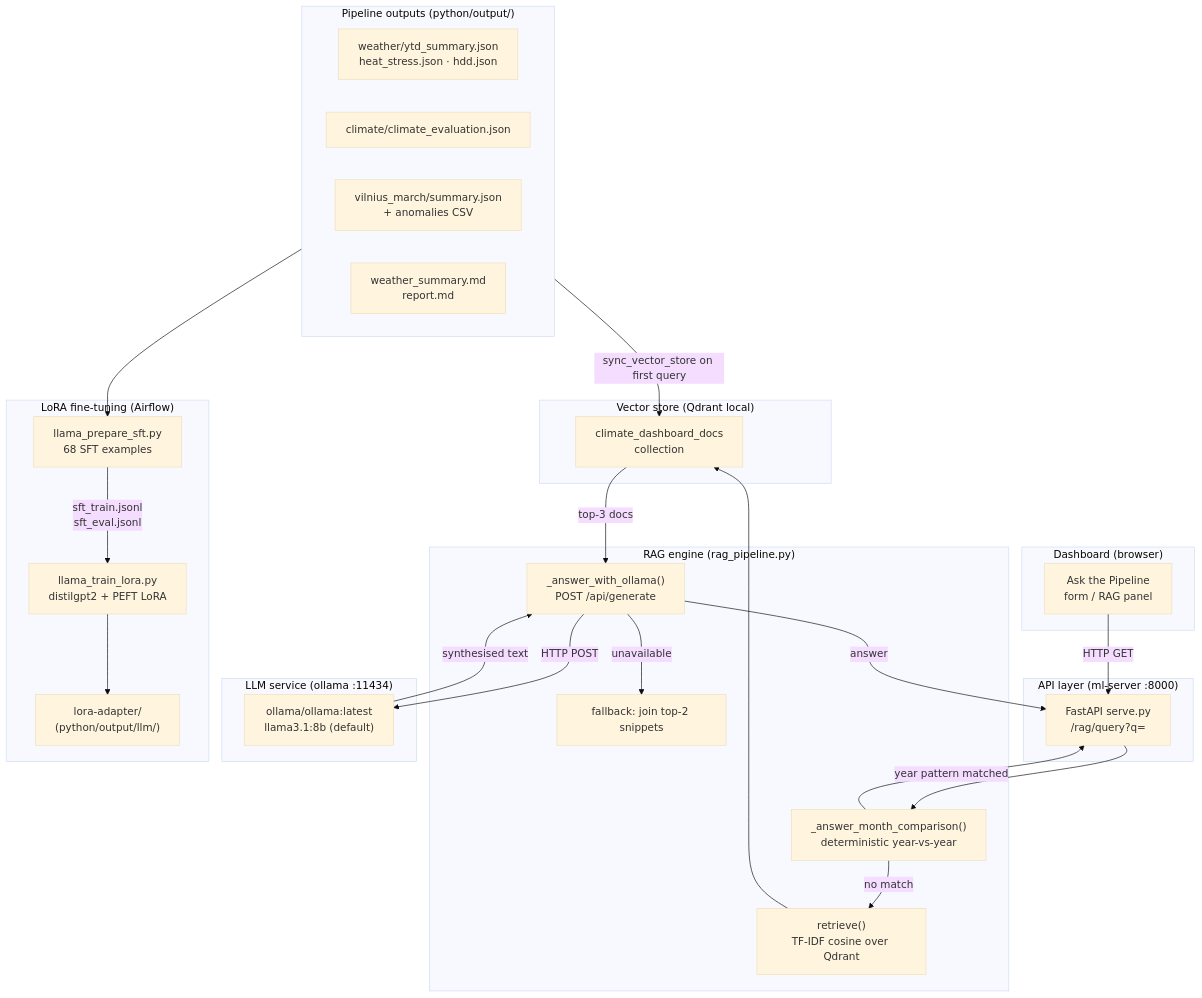
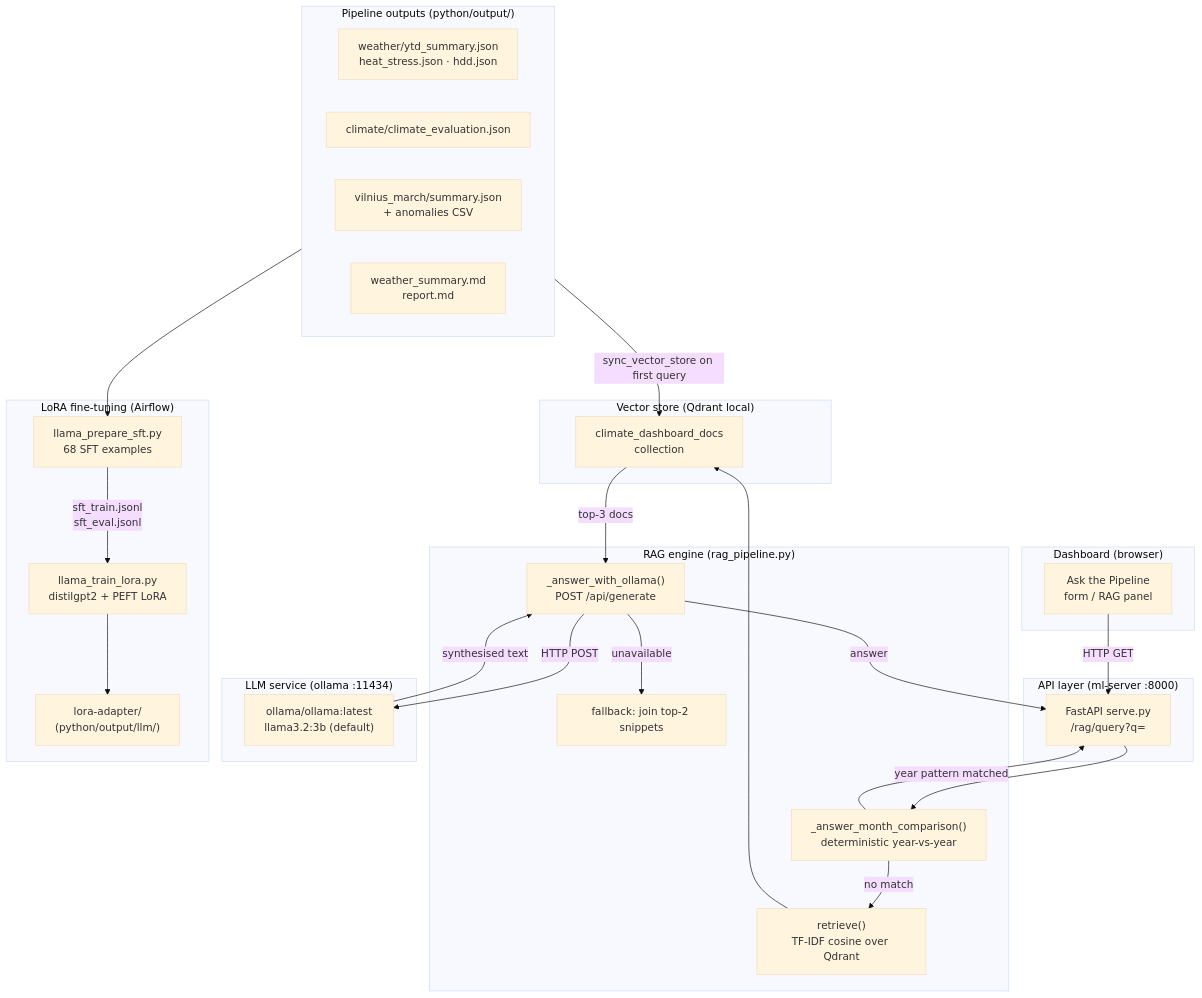
Before and after one commit to andrius-eng/ml: the first of 3 diagrams in GENAI_GUIDE.md, drawn with Mermaid (base theme). The commit also changed other lines of this file and 65 other files, not shown here.

````diff
--- a/GENAI_GUIDE.md
+++ b/GENAI_GUIDE.md
@@ -13,54 +13,54 @@
 ```mermaid
 graph TB
     subgraph Dashboard["Dashboard (browser)"]
         UI["Ask the Pipeline\nform / RAG panel"]
     end
 
     subgraph APILayer["API layer (ml-server :8000)"]
         FastAPI["FastAPI serve.py\n/rag/query?q="]
     end
 
     subgraph RAGEngine["RAG engine (rag_pipeline.py)"]
         Det["_answer_month_comparison()\ndeterministic year-vs-year"]
         TF["retrieve()\nTF-IDF cosine over Qdrant"]
         Olm["_answer_with_ollama()\nPOST /api/generate"]
         Fb["fallback: join top-2 snippets"]
     end
 
     subgraph VectorStore["Vector store (Qdrant local)"]
         QD["climate_dashboard_docs\ncollection"]
     end
 
     subgraph LLM["LLM service (ollama :11434)"]
-        OL["ollama/ollama:latest\nllama3.1:8b (default)"]
+        OL["ollama/ollama:latest\nllama3.2:3b (default)"]
     end
 
     subgraph PipelineOutputs["Pipeline outputs (python/output/)"]
         WJ["weather/ytd_summary.json\nheat_stress.json · hdd.json"]
         CJ["climate/climate_evaluation.json"]
         VJ["vilnius_march/summary.json\n+ anomalies CSV"]
         MD["weather_summary.md\nreport.md"]
     end
 
     subgraph FineTune["LoRA fine-tuning (Airflow)"]
         PREP["llama_prepare_sft.py\n68 SFT examples"]
         TRAIN["llama_train_lora.py\ndistilgpt2 + PEFT LoRA"]
         ADP["lora-adapter/\n(python/output/llm/)"]
     end
 
     UI -->|HTTP GET| FastAPI
     FastAPI --> Det
     Det -->|year pattern matched| FastAPI
     Det -->|no match| TF
     TF --> QD
     QD -->|top-3 docs| Olm
     Olm -->|HTTP POST| OL
     OL -->|synthesised text| Olm
     Olm -->|answer| FastAPI
     Olm -->|unavailable| Fb
 
     PipelineOutputs -->|sync_vector_store on first query| QD
     PipelineOutputs --> PREP
     PREP -->|sft_train.jsonl\nsft_eval.jsonl| TRAIN
     TRAIN --> ADP
 ```
````
